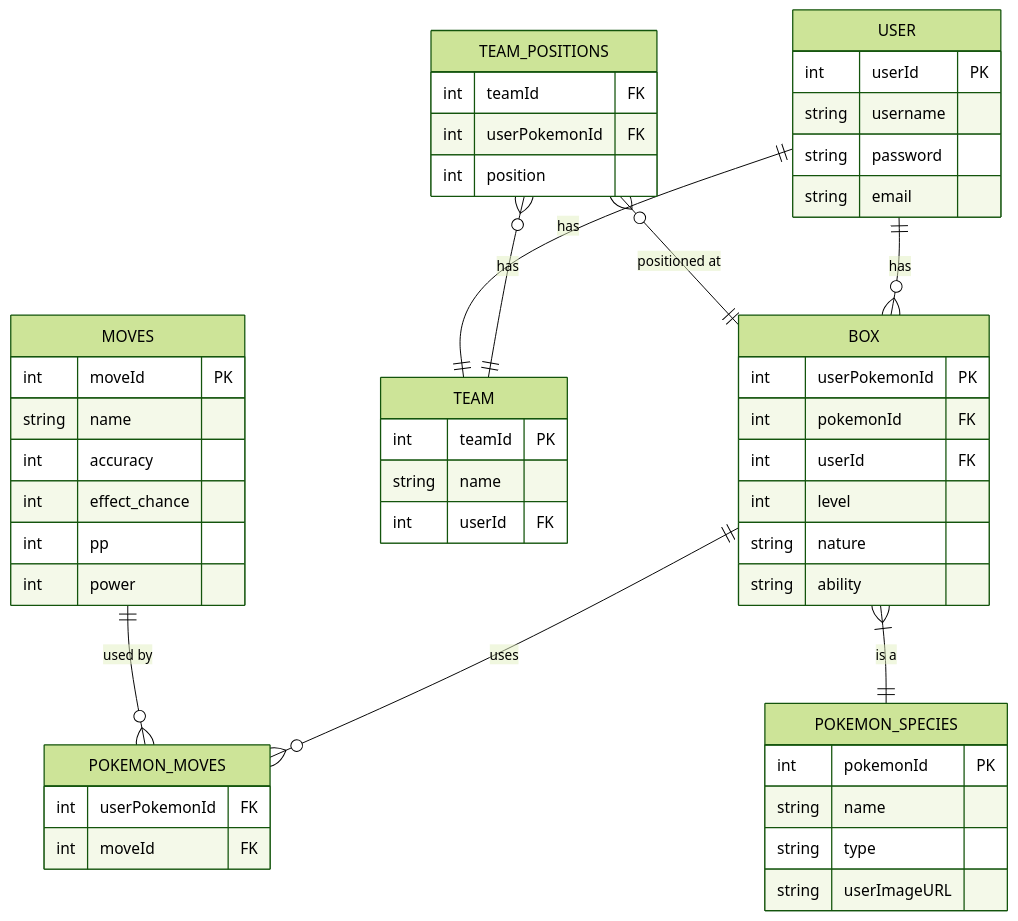
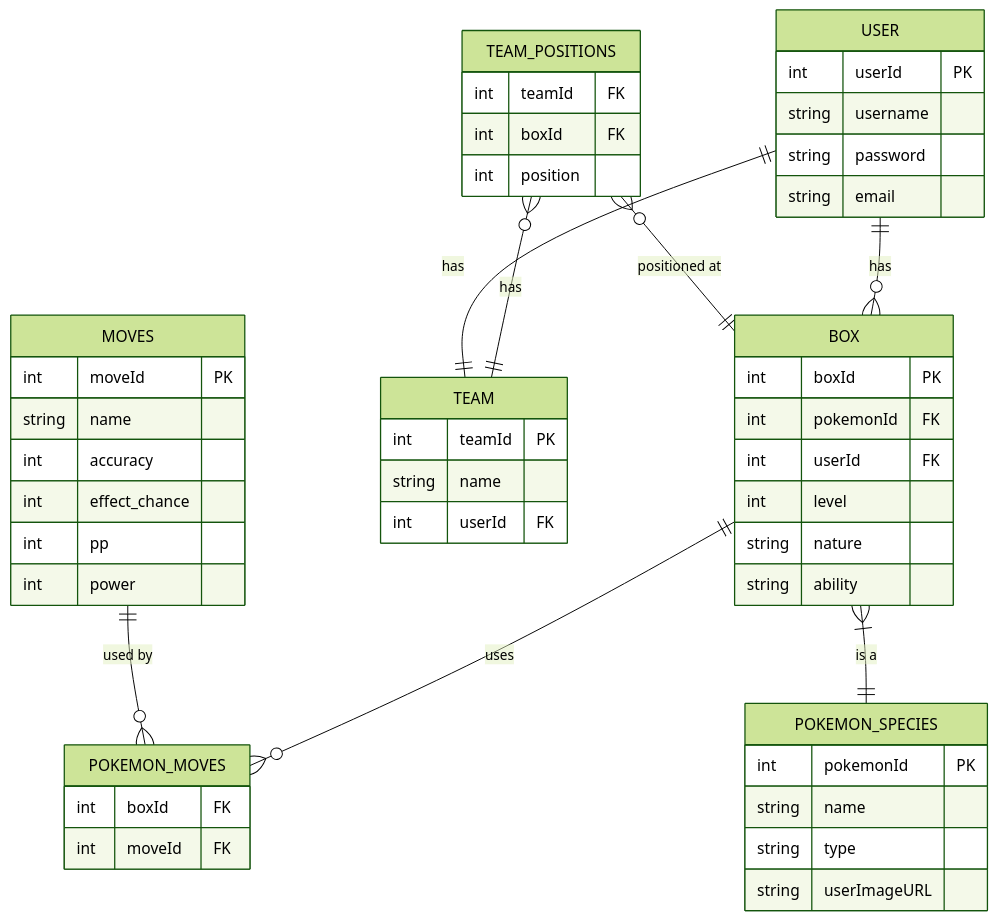
Before and after one commit to tjklint/PokePC: the diagram in README.md, drawn with Mermaid (forest theme).

````diff
--- a/README.md
+++ b/README.md
@@ -53,59 +53,59 @@
 ```mermaid
 erDiagram
     USER ||--o{ BOX : "has"
     TEAM_POSITIONS o{--|| TEAM: "has"
     TEAM_POSITIONS o{--|| BOX: "positioned at"
     USER||--|| TEAM:"has"
     BOX ||--o{ POKEMON_MOVES : "uses"
     MOVES ||--o{ POKEMON_MOVES : "used by"
     BOX }|--|| POKEMON_SPECIES : "is a"
 
     USER {
         int userId PK
         string username
         string password
         string email
     }
 
     POKEMON_SPECIES {
         int pokemonId PK
         string name
         string type
         string userImageURL
     }
 
     BOX {
-        int userPokemonId PK
+        int boxId PK
         int pokemonId FK
         int userId FK
         int level
         string nature
         string ability
     }
 
     TEAM {
         int teamId PK
         string name
         int userId FK
     }
 
     TEAM_POSITIONS {
         int teamId FK
-        int userPokemonId FK
+        int boxId FK
         int position
     }
 
     MOVES {
         int moveId PK
         string name 
         int accuracy
         int effect_chance
         int pp   
         int power
     }
 
     POKEMON_MOVES {
-        int userPokemonId FK
+        int boxId FK
         int moveId FK
     }
 ```
````
